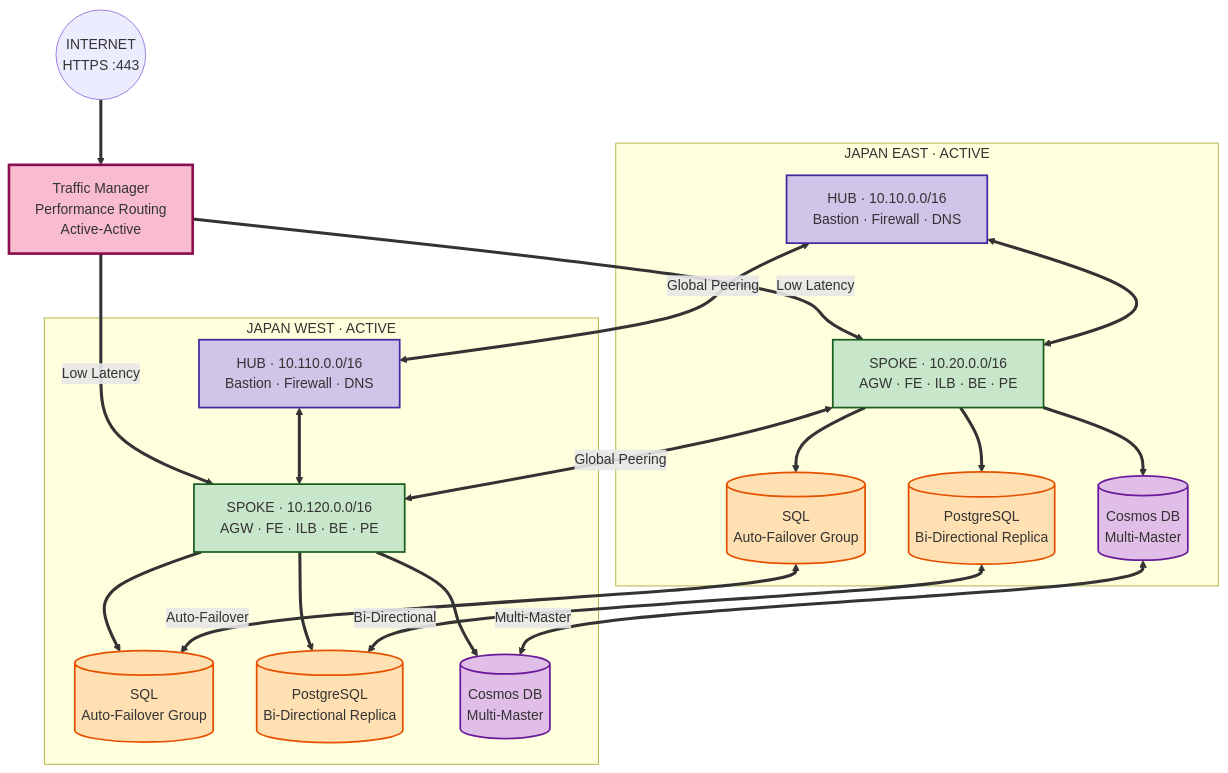
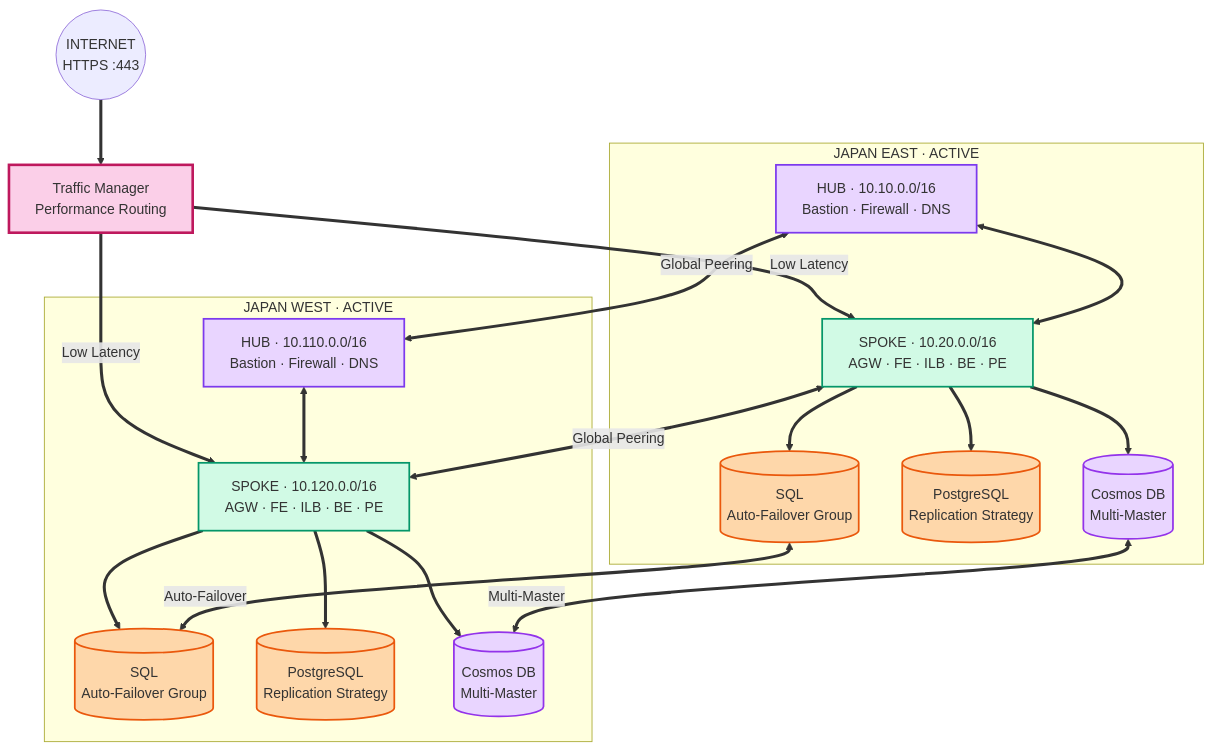
Before and after one commit to tripathicle/Workload-Landing-Zone: the fifth of 5 diagrams in README.md, drawn with Mermaid. The commit also changed other lines of this file, not shown here.

````diff
--- a/README.md
+++ b/README.md
@@ -922,53 +1078,52 @@
 ```mermaid
 flowchart TB
   Internet(("INTERNET<br/>HTTPS :443"))
-  TM["Traffic Manager<br/>Performance Routing<br/>Active-Active"]
+  TM["Traffic Manager<br/>Performance Routing"]
 
   subgraph JPE["JAPAN EAST · ACTIVE"]
     HUB_JPE["HUB · 10.10.0.0/16<br/>Bastion · Firewall · DNS"]
     SPOKE_JPE["SPOKE · 10.20.0.0/16<br/>AGW · FE · ILB · BE · PE"]
     SQL_JPE[("SQL<br/>Auto-Failover Group")]
-    PG_JPE[("PostgreSQL<br/>Bi-Directional Replica")]
+    PG_JPE[("PostgreSQL<br/>Replication Strategy")]
     COSMOS_JPE[("Cosmos DB<br/>Multi-Master")]
   end
 
   subgraph JPW["JAPAN WEST · ACTIVE"]
     HUB_JPW["HUB · 10.110.0.0/16<br/>Bastion · Firewall · DNS"]
     SPOKE_JPW["SPOKE · 10.120.0.0/16<br/>AGW · FE · ILB · BE · PE"]
     SQL_JPW[("SQL<br/>Auto-Failover Group")]
-    PG_JPW[("PostgreSQL<br/>Bi-Directional Replica")]
+    PG_JPW[("PostgreSQL<br/>Replication Strategy")]
     COSMOS_JPW[("Cosmos DB<br/>Multi-Master")]
   end
 
   Internet ==> TM
   TM ==>|"Low Latency"| SPOKE_JPE
   TM ==>|"Low Latency"| SPOKE_JPW
 
   SPOKE_JPE ==> SQL_JPE
   SPOKE_JPE ==> PG_JPE
   SPOKE_JPE ==> COSMOS_JPE
   SPOKE_JPW ==> SQL_JPW
   SPOKE_JPW ==> PG_JPW
   SPOKE_JPW ==> COSMOS_JPW
 
   HUB_JPE <==> SPOKE_JPE
   HUB_JPW <==> SPOKE_JPW
   HUB_JPE <==>|"Global Peering"| HUB_JPW
   SPOKE_JPE <==>|"Global Peering"| SPOKE_JPW
 
   SQL_JPE <==>|"Auto-Failover"| SQL_JPW
-  PG_JPE <==>|"Bi-Directional"| PG_JPW
   COSMOS_JPE <==>|"Multi-Master"| COSMOS_JPW
 
-  classDef tmStyle fill:#f8bbd0,stroke:#880e4f,stroke-width:3px
-  classDef hubStyle fill:#d1c4e9,stroke:#4527a0,stroke-width:2px
-  classDef spokeStyle fill:#c8e6c9,stroke:#1b5e20,stroke-width:2px
-  classDef dataStyle fill:#ffe0b2,stroke:#e65100,stroke-width:2px
-  classDef cosmosStyle fill:#e1bee7,stroke:#6a1b9a,stroke-width:2px
+  classDef tmStyle fill:#fbcfe8,stroke:#be185d,stroke-width:3px
+  classDef hubStyle fill:#e9d5ff,stroke:#7c3aed,stroke-width:2px
+  classDef spokeStyle fill:#d1fae5,stroke:#059669,stroke-width:2px
+  classDef dataStyle fill:#fed7aa,stroke:#ea580c,stroke-width:2px
+  classDef cosmosStyle fill:#e9d5ff,stroke:#9333ea,stroke-width:2px
 
   class TM tmStyle
   class HUB_JPE,HUB_JPW hubStyle
   class SPOKE_JPE,SPOKE_JPW spokeStyle
   class SQL_JPE,SQL_JPW,PG_JPE,PG_JPW dataStyle
   class COSMOS_JPE,COSMOS_JPW cosmosStyle
 ```
````
